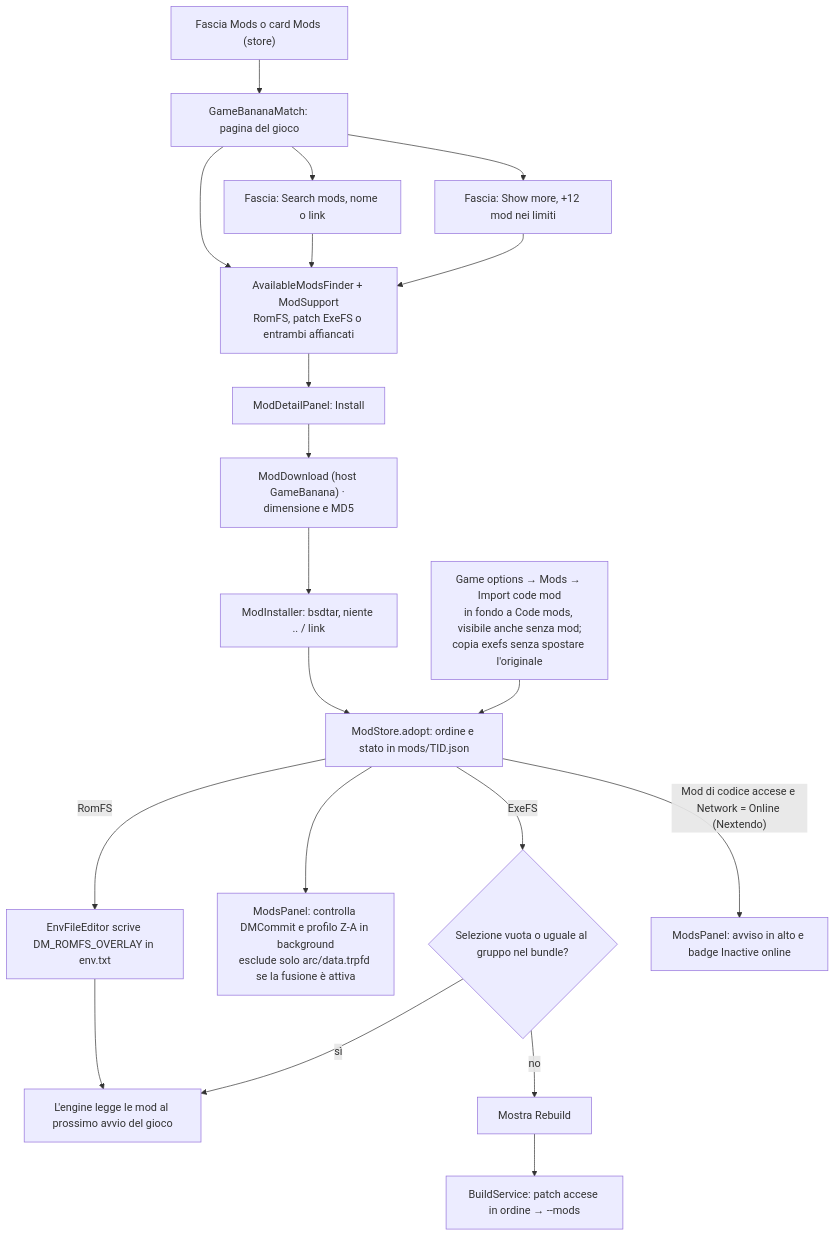
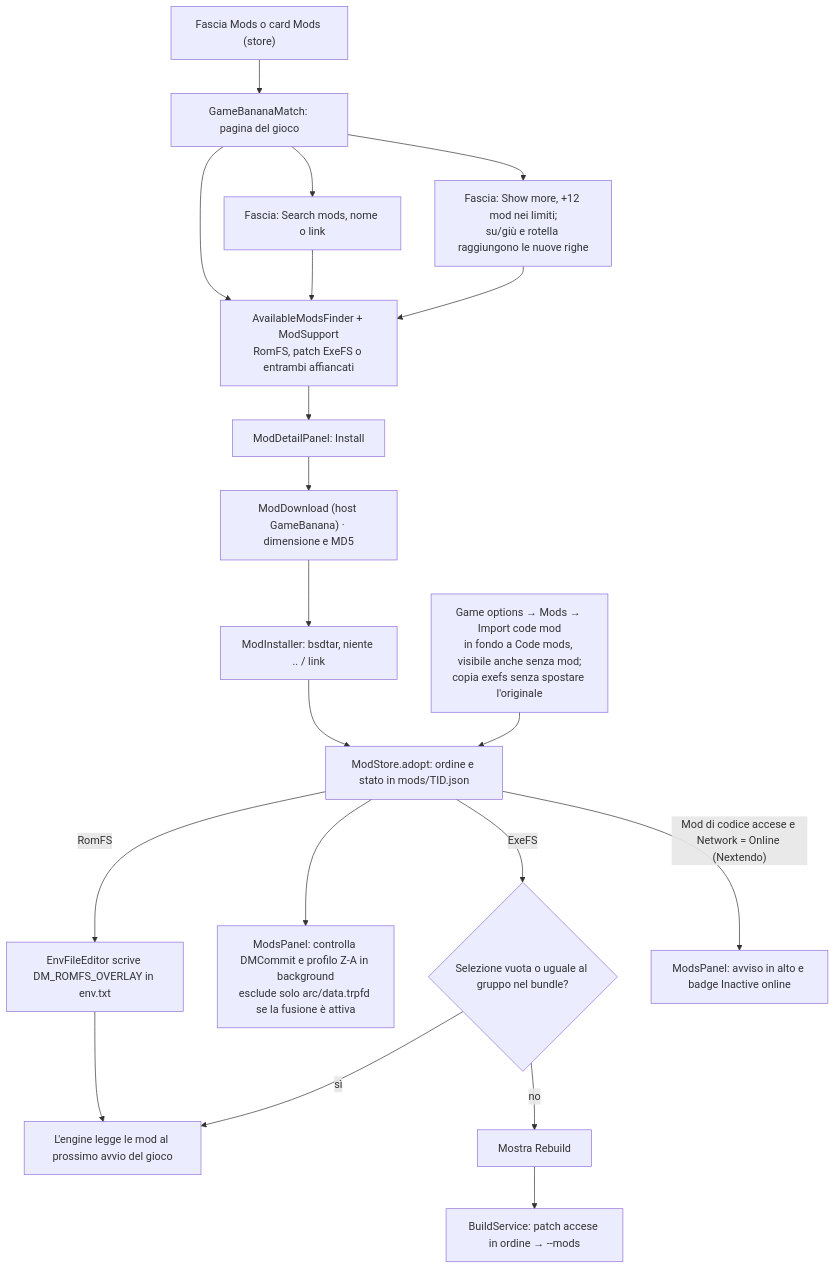
The seventh of 9 diagrams in docs/how-it-works/flows.md (sofianbll/NxLibrary), drawn with Mermaid before and after one commit. The commit also changed 14 other files, not shown here.

First line of the commit message:
Keep focused mod rows visible after Show more

````diff
--- a/docs/how-it-works/flows.md
+++ b/docs/how-it-works/flows.md
@@ -156,22 +156,22 @@
 ```mermaid
 flowchart TD
     A["Fascia Mods o card Mods (store)"] --> B["GameBananaMatch: pagina del gioco"]
     B --> C["AvailableModsFinder + ModSupport<br/>RomFS, patch ExeFS o entrambi affiancati"]
     B --> S["Fascia: Search mods, nome o link"]
     S --> C
-    B --> M["Fascia: Show more, +12 mod nei limiti"]
+    B --> M["Fascia: Show more, +12 mod nei limiti;<br/>su/giù e rotella raggiungono le nuove righe"]
     M --> C
     C --> D["ModDetailPanel: Install"]
     D --> E["ModDownload (host GameBanana) · dimensione e MD5"]
     E --> F["ModInstaller: bsdtar, niente .. / link"]
     F --> G["ModStore.adopt: ordine e stato in mods/TID.json"]
     L["Game options → Mods → Import code mod<br/>in fondo a Code mods, visibile anche senza mod;<br/>copia exefs senza spostare l'originale"] --> G
     G -->|"RomFS"| H["EnvFileEditor scrive DM_ROMFS_OVERLAY in env.txt"]
     G --> C2["ModsPanel: controlla DMCommit e profilo Z-A in background<br/>esclude solo arc/data.trpfd se la fusione è attiva"]
     H --> I["L'engine legge le mod al prossimo avvio del gioco"]
     G -->|"ExeFS"| C3{"Selezione vuota o uguale al gruppo nel bundle?"}
     C3 -->|"sì"| I
     C3 -->|"no"| R["Mostra Rebuild"]
     G -->|"Mod di codice accese e Network = Online (Nextendo)"| NX["ModsPanel: avviso in alto e badge Inactive online"]
     R --> P["BuildService: patch accese in ordine → --mods"]
 ```
````
